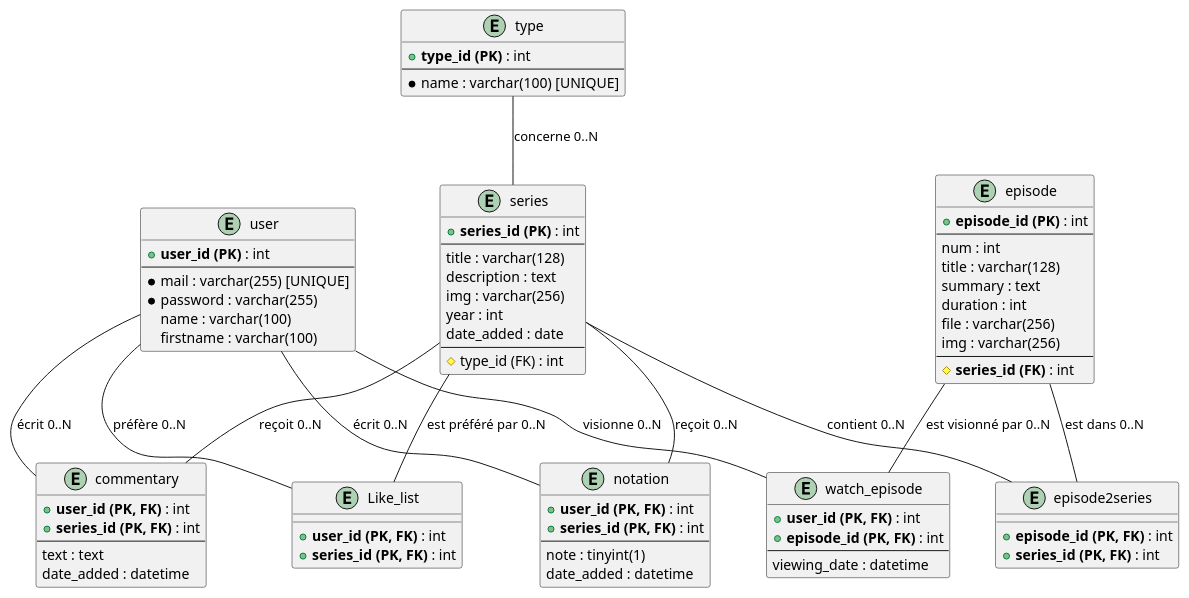
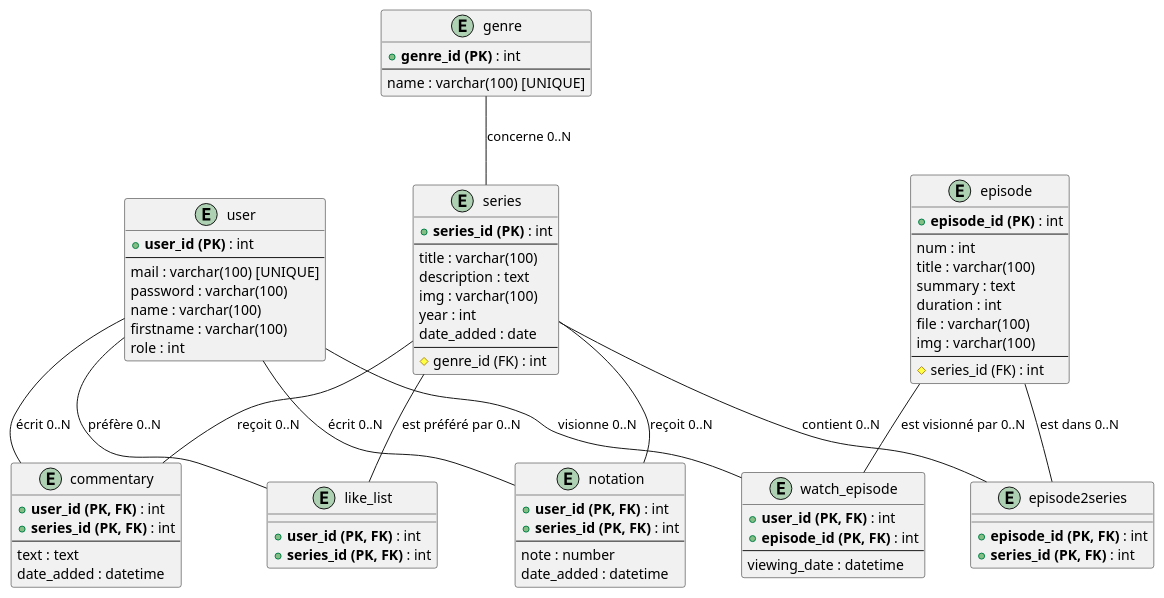
One commit to Adri1-13/OnlyFilms changed the diagram in sql/UMLbd.puml. Above: the diagram before and after it, drawn with PlantUML.

Commit message:
puml fini (normalement)

```diff
--- a/sql/UMLbd.puml
+++ b/sql/UMLbd.puml
@@ -1,101 +1,102 @@
 @startuml
 
 ' Définition des tables
 
 entity "user" as User {
   + **user_id (PK)** : int
   --
-  * mail : varchar(255) [UNIQUE]
-  * password : varchar(255)
+  mail : varchar(100) [UNIQUE]
+  password : varchar(100)
   name : varchar(100)
   firstname : varchar(100)
+  role : int
 }
 
 entity "series" as Series {
   + **series_id (PK)** : int
   --
-  title : varchar(128)
+  title : varchar(100)
   description : text
-  img : varchar(256)
+  img : varchar(100)
   year : int
   date_added : date
   --
-  # type_id (FK) : int
+  # genre_id (FK) : int
 }
 
 entity "episode" as Episode {
   + **episode_id (PK)** : int
   --
   num : int
-  title : varchar(128)
+  title : varchar(100)
   summary : text
   duration : int
-  file : varchar(256)
-  img : varchar(256)
+  file : varchar(100)
+  img : varchar(100)
   --
-  # **series_id (FK)** : int
+  # series_id (FK) : int
 }
 
-entity "type" as Type {
-  + **type_id (PK)** : int
+entity "genre" as Genre {
+  + **genre_id (PK)** : int
   --
-  * name : varchar(100) [UNIQUE]
+  name : varchar(100) [UNIQUE]
 }
 
 ' Tables d'association
 
 entity "commentary" as Commentary {
   + **user_id (PK, FK)** : int
   + **series_id (PK, FK)** : int
   --
   text : text
   date_added : datetime
 }
 
 entity "notation" as Notation {
   + **user_id (PK, FK)** : int
   + **series_id (PK, FK)** : int
   --
-  note : tinyint(1)
+  note : number
   date_added : datetime
 }
 
 entity "episode2series" as Episode2Series {
   + **episode_id (PK, FK)** : int
   + **series_id (PK, FK)** : int
 }
 
-entity "Like_list" as LikeList {
+entity "like_list" as LikeList {
   + **user_id (PK, FK)** : int
   + **series_id (PK, FK)** : int
 }
 
 entity "watch_episode" as WatchEpisode {
   + **user_id (PK, FK)** : int
   + **episode_id (PK, FK)** : int
   --
   viewing_date : datetime
 }
 
 
 ' Définition des relations
-Type -- Series : "concerne 0..N"
+Genre -- Series : "concerne 0..N"
 
 
 ' Tables de liaison
 User -- Commentary : "écrit 0..N"
 Series -- Commentary : "reçoit 0..N"
 
 User -- Notation : "écrit 0..N"
 Series -- Notation : "reçoit 0..N"
 
 User -- LikeList : "préfère 0..N"
 Series -- LikeList : "est préféré par 0..N"
 
 User -- WatchEpisode : "visionne 0..N"
 Episode -- WatchEpisode : "est visionné par 0..N"
 
 Series -- Episode2Series : "contient 0..N"
 Episode -- Episode2Series : "est dans 0..N"
 
 @enduml
```
